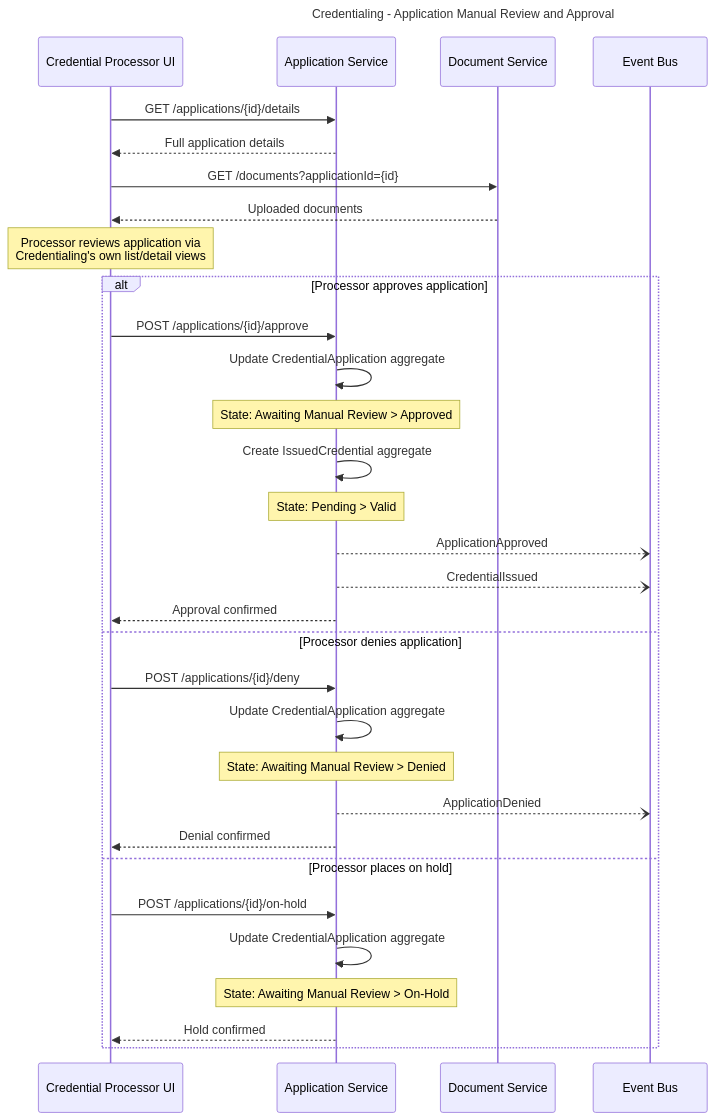
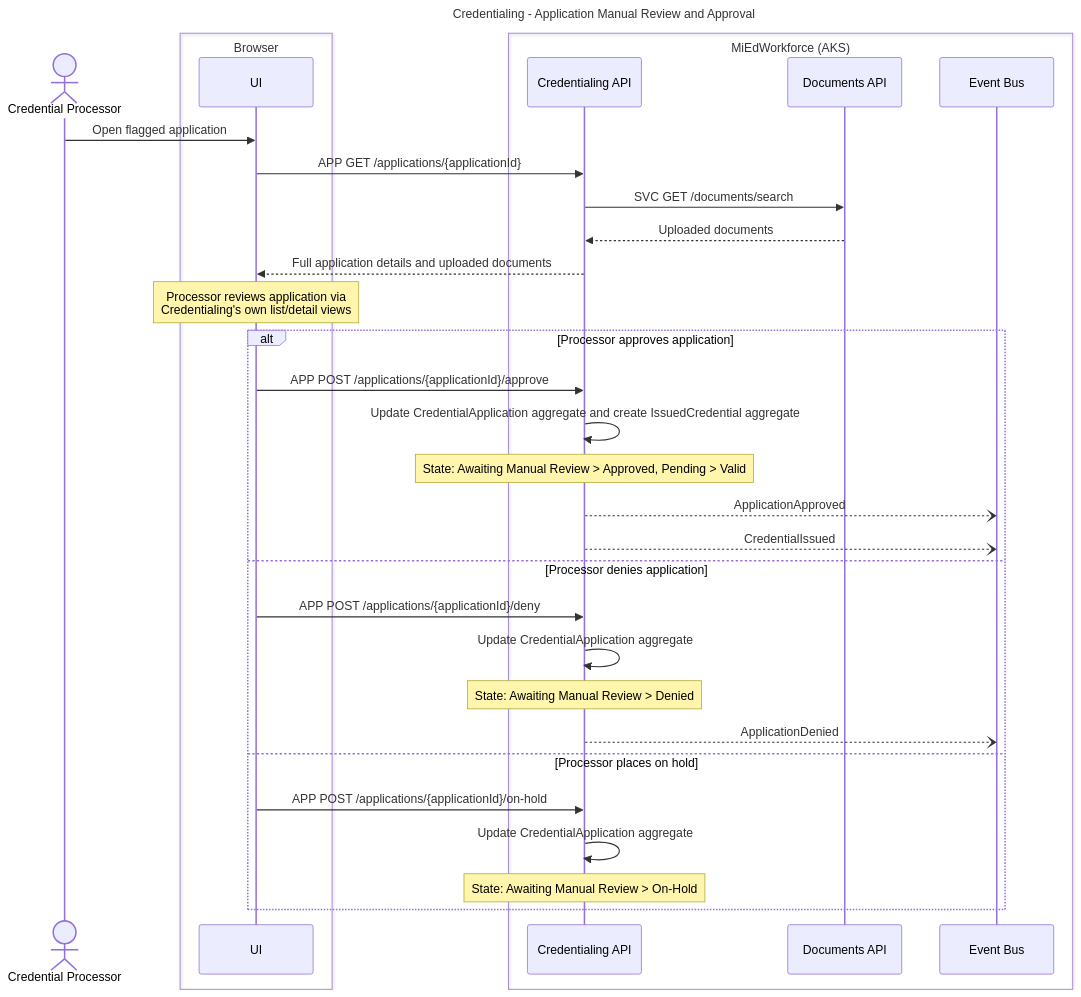
Before and after one commit to mnichols-dl/mied-design: diagram 12 of 23 in working-docs/solution-areas/credentialing/credentialing-sequences.md, drawn with Mermaid. The commit also changed other lines of this file and 34 other files, not shown here.

Commit message:
Update sequences and perform RTM assessment

````diff
--- a/working-docs/solution-areas/credentialing/credentialing-sequences.md
+++ b/working-docs/solution-areas/credentialing/credentialing-sequences.md
@@ -593,48 +742,44 @@
 ```mermaid
 ---
 title: Credentialing - Application Manual Review and Approval
 ---
 sequenceDiagram
-    participant ProcessorUI as Credential Processor UI
-    participant AppService as Application Service
-    participant DocService as Document Service
-    participant EventBus as Event Bus
-    
-    ProcessorUI->>AppService: GET /applications/{id}/details
-    AppService-->>ProcessorUI: Full application details
-    
-    ProcessorUI->>DocService: GET /documents?applicationId={id}
-    DocService-->>ProcessorUI: Uploaded documents
-    
-    Note over ProcessorUI: Processor reviews application via<br/>Credentialing's own list/detail views
-    
+    actor Processor as Credential Processor
+    box Browser
+        participant UI
+    end
+    box MiEdWorkforce (AKS)
+        participant CredApi as Credentialing API
+        participant DocsApi as Documents API
+        participant EventBus as Event Bus
+    end
+
+    Processor->>UI: Open flagged application
+    UI->>CredApi: APP GET /applications/{applicationId}
+    CredApi->>DocsApi: SVC GET /documents/search
+    DocsApi-->>CredApi: Uploaded documents
+    CredApi-->>UI: Full application details and uploaded documents
+
+    Note over UI: Processor reviews application via<br/>Credentialing's own list/detail views
+
     alt Processor approves application
-        ProcessorUI->>AppService: POST /applications/{id}/approve
-        AppService->>AppService: Update CredentialApplication aggregate
-        Note over AppService: State: Awaiting Manual Review > Approved
-        
-        AppService->>AppService: Create IssuedCredential aggregate
-        Note over AppService: State: Pending > Valid
-        
-        AppService--)EventBus: ApplicationApproved
-        AppService--)EventBus: CredentialIssued
-        
-        AppService-->>ProcessorUI: Approval confirmed
-        
+        UI->>CredApi: APP POST /applications/{applicationId}/approve
+        CredApi->>CredApi: Update CredentialApplication aggregate and create IssuedCredential aggregate
+        Note over CredApi: State: Awaiting Manual Review > Approved, Pending > Valid
+
+        CredApi--)EventBus: ApplicationApproved
+        CredApi--)EventBus: CredentialIssued
+
     else Processor denies application
-        ProcessorUI->>AppService: POST /applications/{id}/deny
-        AppService->>AppService: Update CredentialApplication aggregate
-        Note over AppService: State: Awaiting Manual Review > Denied
-        
-        AppService--)EventBus: ApplicationDenied
-        
-        AppService-->>ProcessorUI: Denial confirmed
-        
+        UI->>CredApi: APP POST /applications/{applicationId}/deny
+        CredApi->>CredApi: Update CredentialApplication aggregate
+        Note over CredApi: State: Awaiting Manual Review > Denied
+
+        CredApi--)EventBus: ApplicationDenied
+
     else Processor places on hold
-        ProcessorUI->>AppService: POST /applications/{id}/on-hold
-        AppService->>AppService: Update CredentialApplication aggregate
-        Note over AppService: State: Awaiting Manual Review > On-Hold
-        
-        AppService-->>ProcessorUI: Hold confirmed
+        UI->>CredApi: APP POST /applications/{applicationId}/on-hold
+        CredApi->>CredApi: Update CredentialApplication aggregate
+        Note over CredApi: State: Awaiting Manual Review > On-Hold
     end
 ```
````
